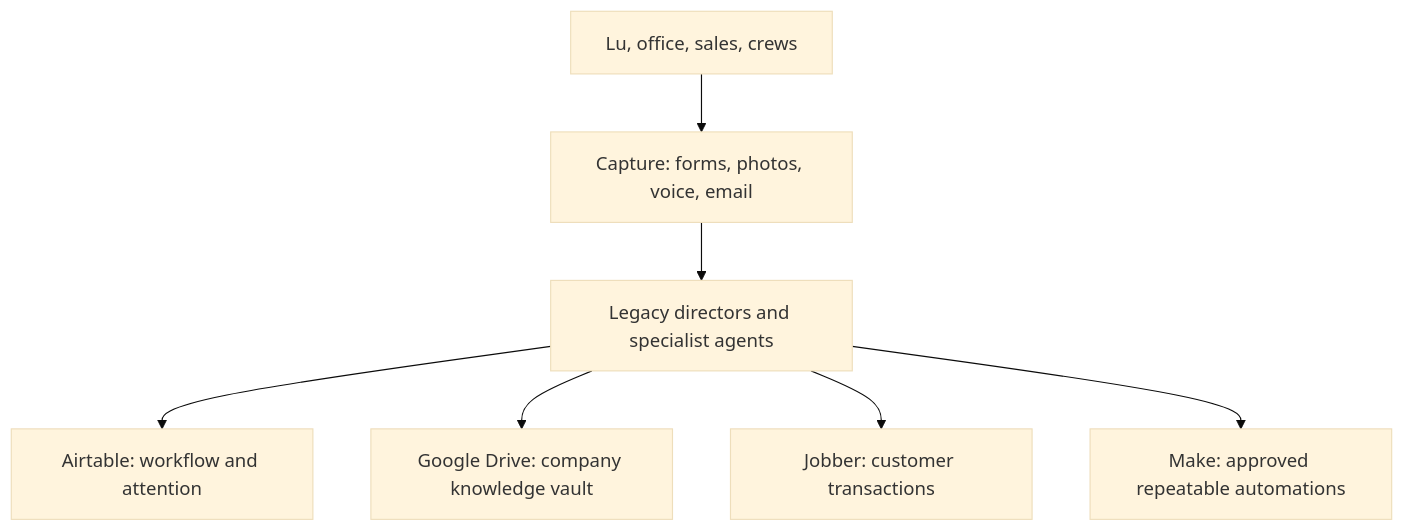
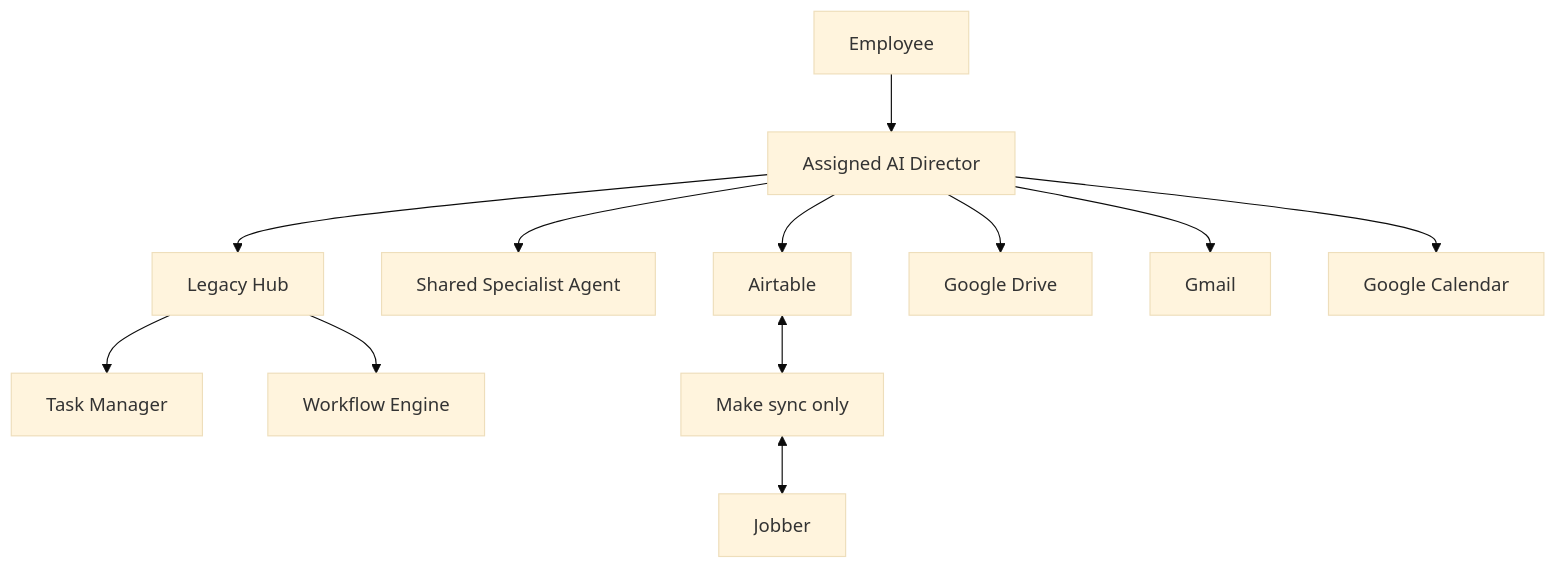
Before and after one commit to legacy-ux/legacy-hub: the first of 2 diagrams in docs/ARCHITECTURE.md, drawn with Mermaid (base theme). The commit also changed other lines of this file, not shown here.

Commit message:
Document Legacy Hub task architecture

````diff
--- a/docs/ARCHITECTURE.md
+++ b/docs/ARCHITECTURE.md
@@ -7,9 +30,14 @@
 ```mermaid
 flowchart TB
-    People["Lu, office, sales, crews"] --> Capture["Capture: forms, photos, voice, email"]
-    Capture --> Directors["Legacy directors and specialist agents"]
-    Directors --> Airtable["Airtable: workflow and attention"]
-    Directors --> Drive["Google Drive: company knowledge vault"]
-    Directors --> Jobber["Jobber: customer transactions"]
-    Directors --> Make["Make: approved repeatable automations"]
+    Employee["Employee"] --> Director["Assigned AI Director"]
+    Director --> Hub["Legacy Hub"]
+    Hub --> Tasks["Task Manager"]
+    Hub --> Engine["Workflow Engine"]
+    Director --> Specialist["Shared Specialist Agent"]
+    Director --> Airtable["Airtable"]
+    Director --> Drive["Google Drive"]
+    Director --> Gmail["Gmail"]
+    Director --> Calendar["Google Calendar"]
+    Airtable <--> Make["Make sync only"]
+    Make <--> Jobber["Jobber"]
 ```
````
